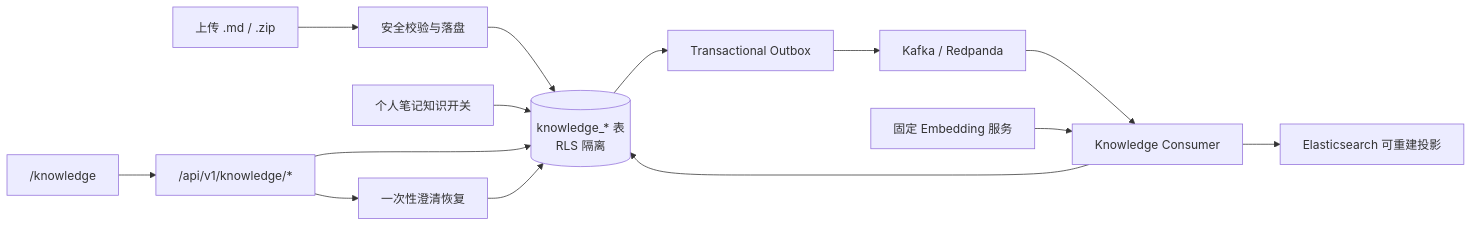
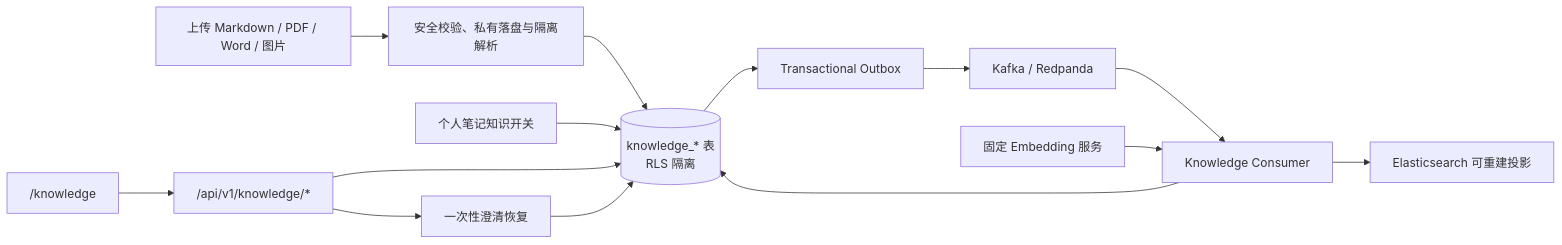
Before and after one commit to Diving-Di/Cortex: the diagram in docs/SDD.md, drawn with Mermaid. The commit also changed other lines of this file and 12 other files, not shown here.

````diff
--- a/docs/SDD.md
+++ b/docs/SDD.md
@@ -50,16 +50,16 @@
 ```mermaid
 flowchart LR
-    UPLOAD["上传 .md / .zip"] --> PREPARE["安全校验与落盘"]
+    UPLOAD["上传 Markdown / PDF / Word / 图片"] --> PREPARE["安全校验、私有落盘与隔离解析"]
     PREPARE --> DB[("knowledge_* 表<br/>RLS 隔离")]
     NOTES["个人笔记知识开关"] --> DB
     DB --> OUTBOX["Transactional Outbox"]
     OUTBOX --> KAFKA["Kafka / Redpanda"]
     KAFKA --> INDEX["Knowledge Consumer"]
     EMBED["固定 Embedding 服务"] --> INDEX
     INDEX --> DB
     INDEX --> ES["Elasticsearch 可重建投影"]
     API["/api/v1/knowledge/*"] --> DB
     UI["/knowledge"] --> API
     API --> HITL["一次性澄清恢复"]
     HITL --> DB
 ```
````
